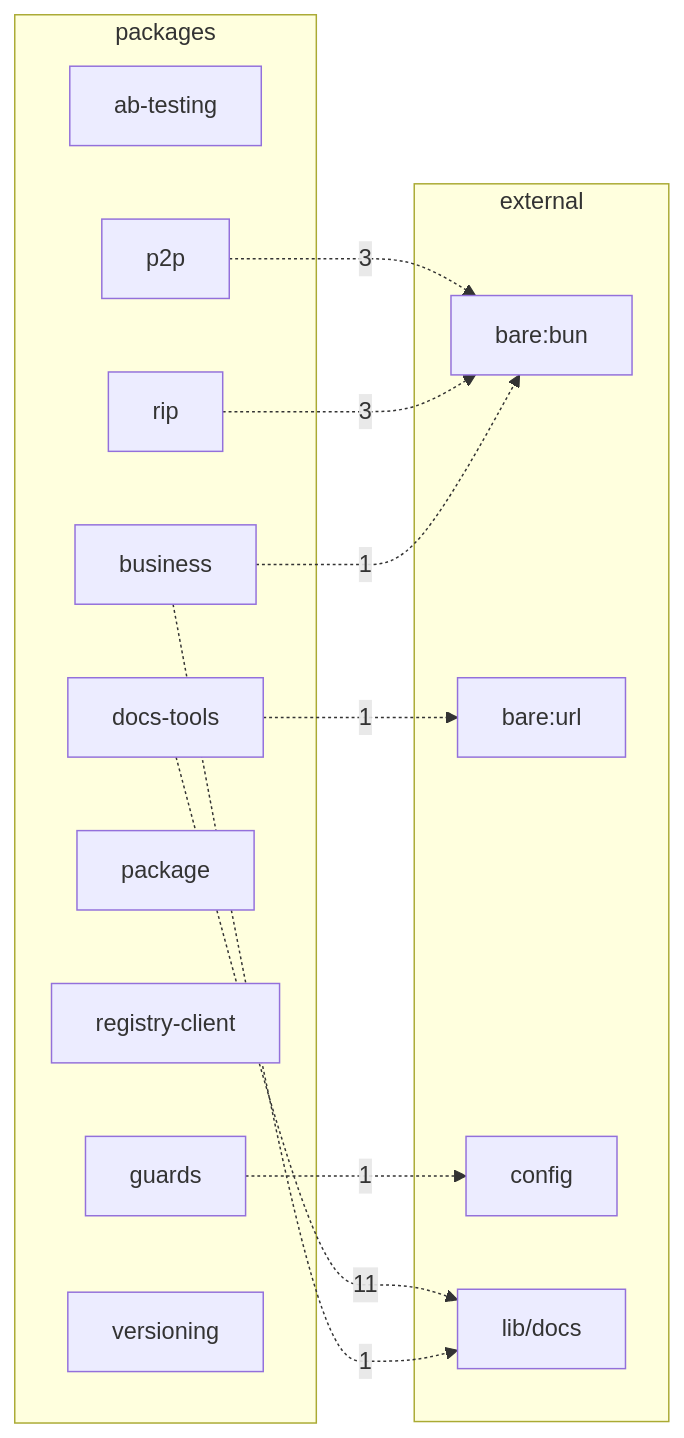
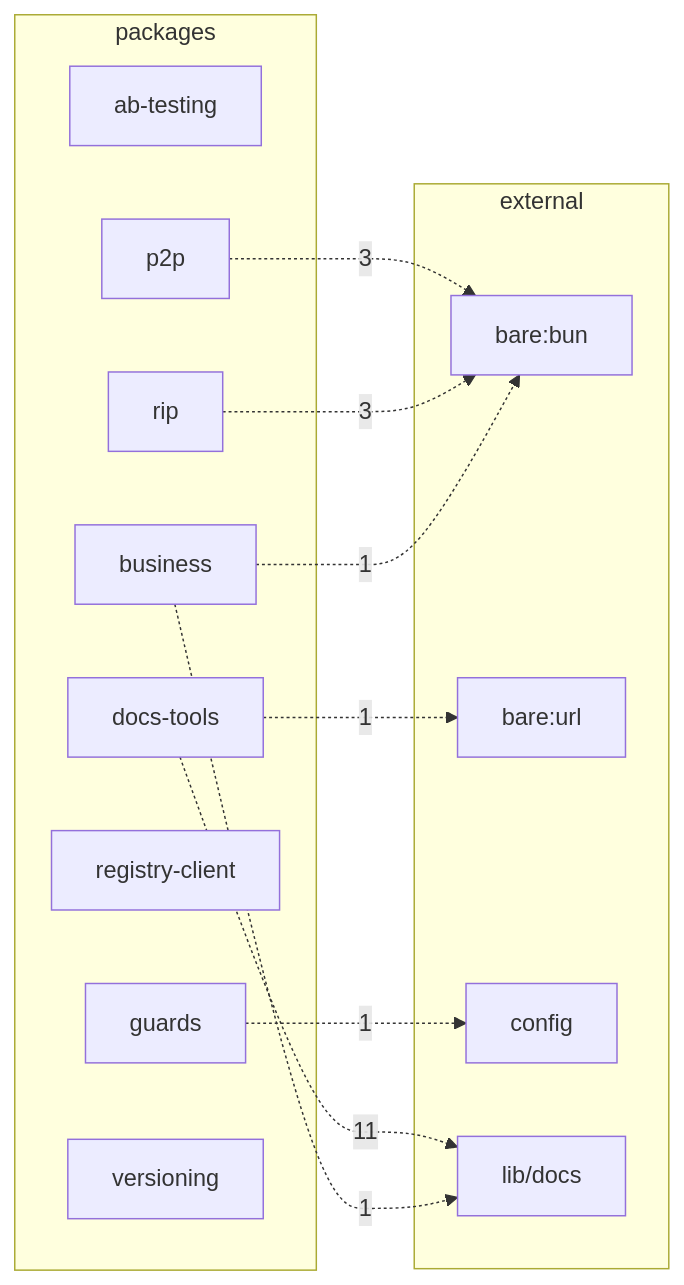
The diagram in audit-report-map.mmd (brendadeeznuts1111/project-R-score), drawn with Mermaid before and after one commit. The commit also changed 19 other files, not shown here.

First line of the commit message:
feat(harness,portal): coverage parse + packages board depth (schema v12)

```diff
--- a/audit-report-map.mmd
+++ b/audit-report-map.mmd
@@ -1,25 +1,24 @@
 flowchart LR
   subgraph packages
     ab_testing["ab-testing"]
     business["business"]
     docs_tools["docs-tools"]
     guards["guards"]
     p2p["p2p"]
-    package["package"]
     registry_client["registry-client"]
     rip["rip"]
     versioning["versioning"]
   end
   subgraph external
     bare_bun["bare:bun"]
     bare_url["bare:url"]
     config["config"]
     lib_docs["lib/docs"]
   end
   docs_tools -.->|11| lib_docs
   p2p -.->|3| bare_bun
   rip -.->|3| bare_bun
   business -.->|1| bare_bun
   business -.->|1| lib_docs
   docs_tools -.->|1| bare_url
   guards -.->|1| config
```
